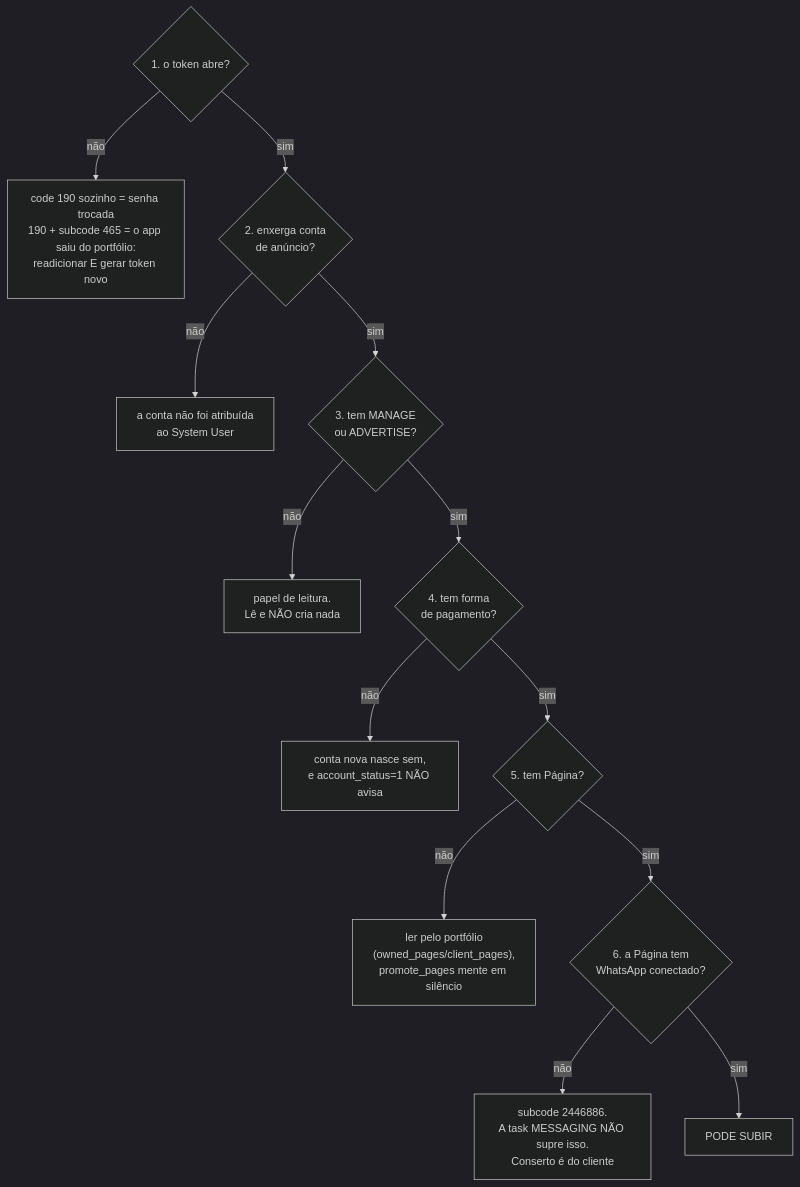
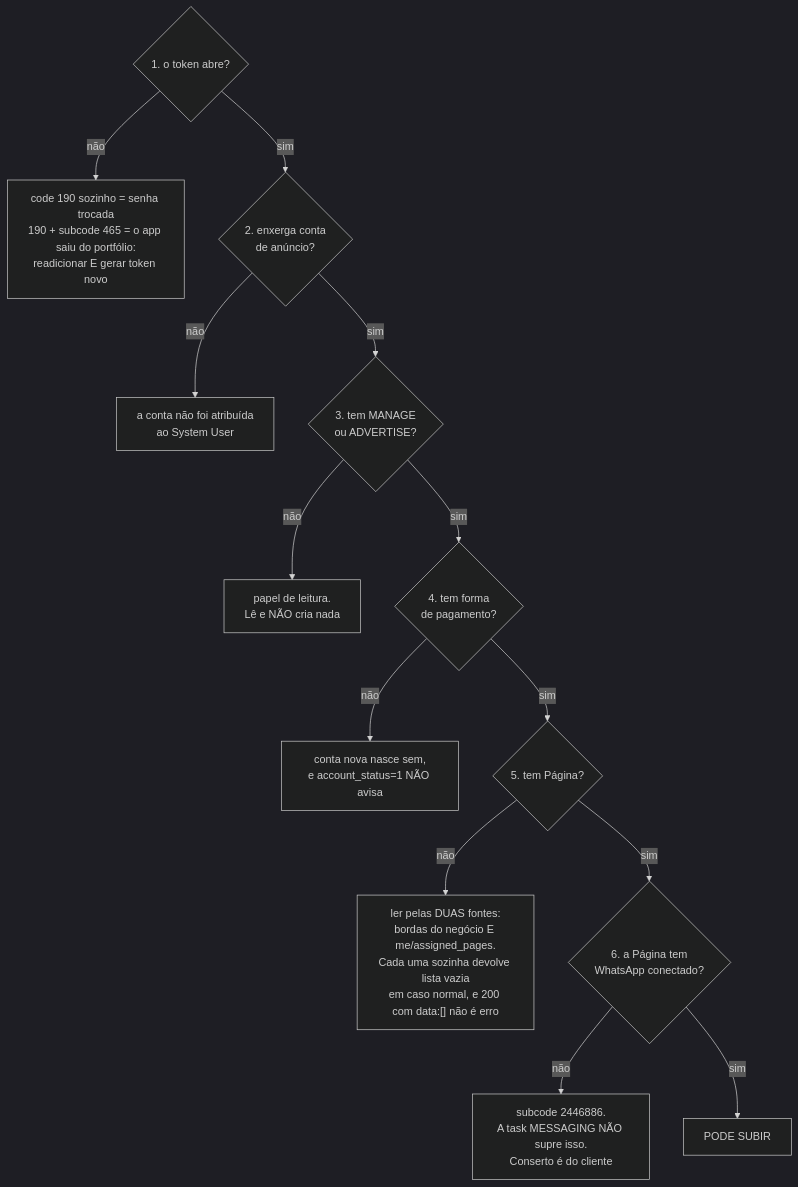
Before and after one commit to MatheusEdson/MagicAds: the second of 5 diagrams in docs/ARQUITETURA.md, drawn with Mermaid (dark theme). The commit also changed other lines of this file and 14 other files, not shown here.

````diff
--- a/docs/ARQUITETURA.md
+++ b/docs/ARQUITETURA.md
@@ -74,15 +74,15 @@
 ```mermaid
 flowchart TD
   T{"1. o token abre?"} -->|"não"| T1["code 190 sozinho = senha trocada<br/>190 + subcode 465 = o app saiu do portfólio:<br/>readicionar E gerar token novo"]
   T -->|"sim"| C{"2. enxerga conta<br/>de anúncio?"}
   C -->|"não"| C1["a conta não foi atribuída<br/>ao System User"]
   C -->|"sim"| E{"3. tem MANAGE<br/>ou ADVERTISE?"}
   E -->|"não"| E1["papel de leitura.<br/>Lê e NÃO cria nada"]
   E -->|"sim"| P{"4. tem forma<br/>de pagamento?"}
   P -->|"não"| P1["conta nova nasce sem,<br/>e account_status=1 NÃO avisa"]
   P -->|"sim"| G{"5. tem Página?"}
-  G -->|"não"| G1["ler pelo portfólio<br/>(owned_pages/client_pages),<br/>promote_pages mente em silêncio"]
+  G -->|"não"| G1["ler pelas DUAS fontes:<br/>bordas do negócio E me/assigned_pages.<br/>Cada uma sozinha devolve lista vazia<br/>em caso normal, e 200 com data:[] não é erro"]
   G -->|"sim"| W{"6. a Página tem<br/>WhatsApp conectado?"}
   W -->|"não"| W1["subcode 2446886.<br/>A task MESSAGING NÃO supre isso.<br/>Conserto é do cliente"]
   W -->|"sim"| OK["PODE SUBIR"]
 ```
````
